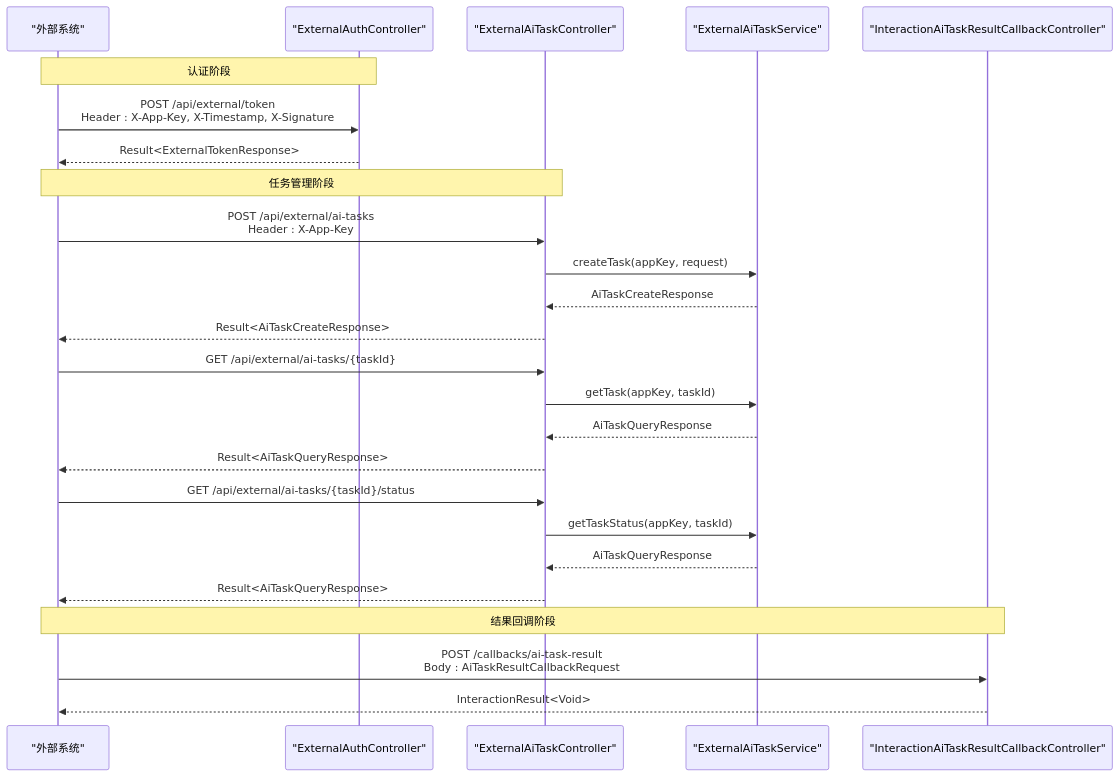
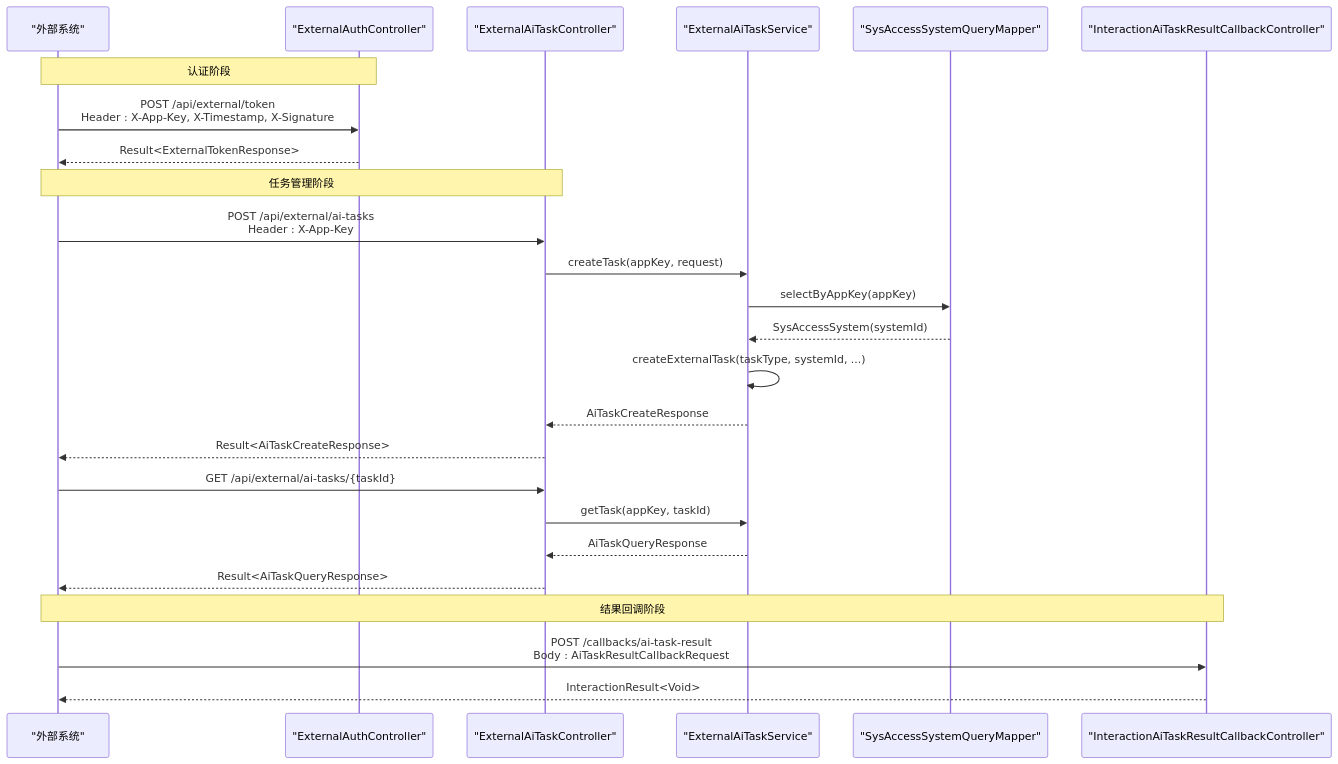
One commit to DrunkFood/First changed the second of 8 diagrams in .qoder/repowiki/zh/content/API接口文档/外部系统集成API/外部AI任务API.md. Above: the diagram before and after it, drawn with Mermaid. The commit also changed other lines of this file and 58 other files, not shown here.

````diff
--- a/.qoder/repowiki/zh/content/API接口文档/外部系统集成API/外部AI任务API.md
+++ b/.qoder/repowiki/zh/content/API接口文档/外部系统集成API/外部AI任务API.md
@@ -105,27 +107,27 @@
 ```mermaid
 sequenceDiagram
 participant Ext as "外部系统"
 participant Auth as "ExternalAuthController"
 participant TaskCtrl as "ExternalAiTaskController"
 participant TaskSvc as "ExternalAiTaskService"
+participant SysMapper as "SysAccessSystemQueryMapper"
 participant Callback as "InteractionAiTaskResultCallbackController"
 Note over Ext,Auth : 认证阶段
 Ext->>Auth : POST /api/external/token<br/>Header : X-App-Key, X-Timestamp, X-Signature
 Auth-->>Ext : Result<ExternalTokenResponse>
 Note over Ext,TaskCtrl : 任务管理阶段
 Ext->>TaskCtrl : POST /api/external/ai-tasks<br/>Header : X-App-Key
 TaskCtrl->>TaskSvc : createTask(appKey, request)
+TaskSvc->>SysMapper : selectByAppKey(appKey)
+SysMapper-->>TaskSvc : SysAccessSystem(systemId)
+TaskSvc->>TaskSvc : createExternalTask(taskType, systemId, ...)
 TaskSvc-->>TaskCtrl : AiTaskCreateResponse
 TaskCtrl-->>Ext : Result<AiTaskCreateResponse>
 Ext->>TaskCtrl : GET /api/external/ai-tasks/{taskId}
 TaskCtrl->>TaskSvc : getTask(appKey, taskId)
 TaskSvc-->>TaskCtrl : AiTaskQueryResponse
 TaskCtrl-->>Ext : Result<AiTaskQueryResponse>
-Ext->>TaskCtrl : GET /api/external/ai-tasks/{taskId}/status
-TaskCtrl->>TaskSvc : getTaskStatus(appKey, taskId)
-TaskSvc-->>TaskCtrl : AiTaskQueryResponse
-TaskCtrl-->>Ext : Result<AiTaskQueryResponse>
 Note over Ext,Callback : 结果回调阶段
 Ext->>Callback : POST /callbacks/ai-task-result<br/>Body : AiTaskResultCallbackRequest
 Callback-->>Ext : InteractionResult<Void>
 ```
````
